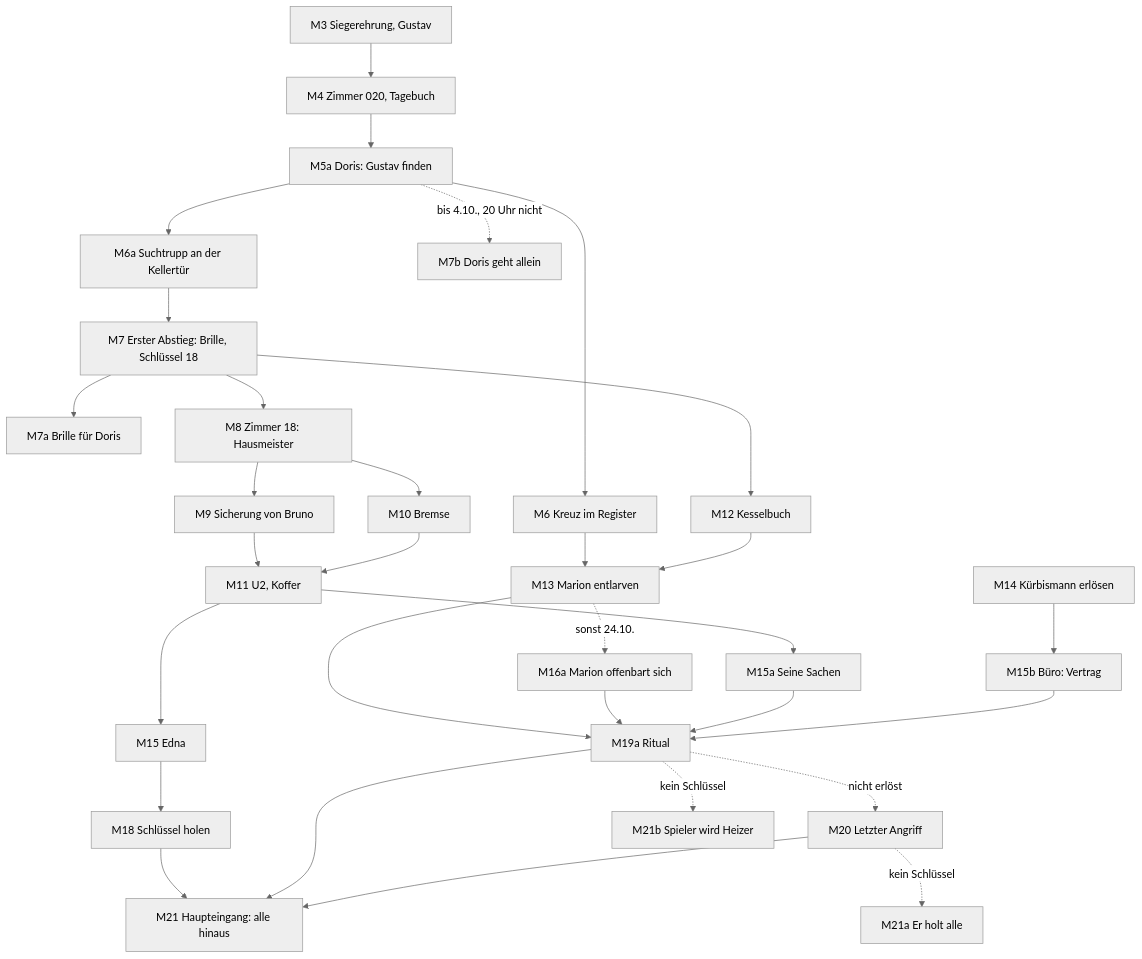
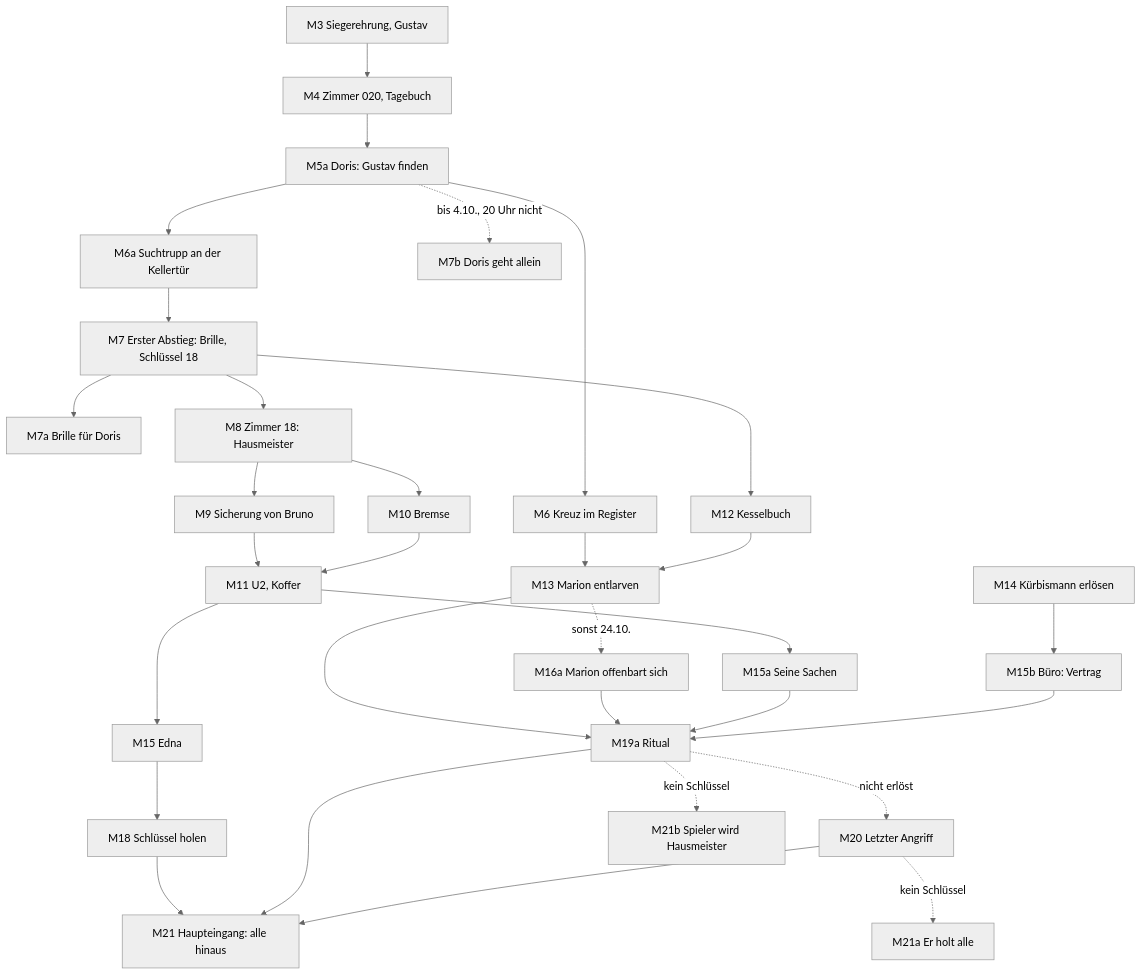
The diagram in HANDLUNG.md (vektorviktor/zimmer13), drawn with Mermaid (neutral theme) before and after one commit. The commit also changed other lines of this file and 9 other files, not shown here.

````diff
--- a/HANDLUNG.md
+++ b/HANDLUNG.md
@@ -98,33 +98,33 @@
 ```mermaid
 flowchart TD
   M3[M3 Siegerehrung, Gustav] --> M4[M4 Zimmer 020, Tagebuch]
   M4 --> M5a[M5a Doris: Gustav finden]
   M5a --> M6[M6 Kreuz im Register]
   M5a --> M6a[M6a Suchtrupp an der Kellertür]
   M6a --> M7[M7 Erster Abstieg: Brille, Schlüssel 18]
   M7 --> M7a[M7a Brille für Doris]
   M5a -.->|bis 4.10., 20 Uhr nicht| M7b[M7b Doris geht allein]
   M7 --> M8[M8 Zimmer 18: Hausmeister]
   M8 --> M9[M9 Sicherung von Bruno]
   M8 --> M10[M10 Bremse]
   M9 --> M11[M11 U2, Koffer]
   M10 --> M11
   M6 --> M13[M13 Marion entlarven]
   M7 --> M12[M12 Kesselbuch]
   M12 --> M13
   M13 -.->|sonst 24.10.| M16a[M16a Marion offenbart sich]
   M11 --> M15[M15 Edna]
   M11 --> M15a[M15a Seine Sachen]
   M14[M14 Kürbismann erlösen] --> M15b[M15b Büro: Vertrag]
   M13 --> M19a[M19a Ritual]
   M16a --> M19a
   M15a --> M19a
   M15b --> M19a
   M19a -.->|nicht erlöst| M20[M20 Letzter Angriff]
   M15 --> M18[M18 Schlüssel holen]
   M18 --> M21[M21 Haupteingang: alle hinaus]
   M19a --> M21
   M20 --> M21
   M20 -.->|kein Schlüssel| M21a[M21a Er holt alle]
-  M19a -.->|kein Schlüssel| M21b[M21b Spieler wird Heizer]
+  M19a -.->|kein Schlüssel| M21b[M21b Spieler wird Hausmeister]
 ```
````
